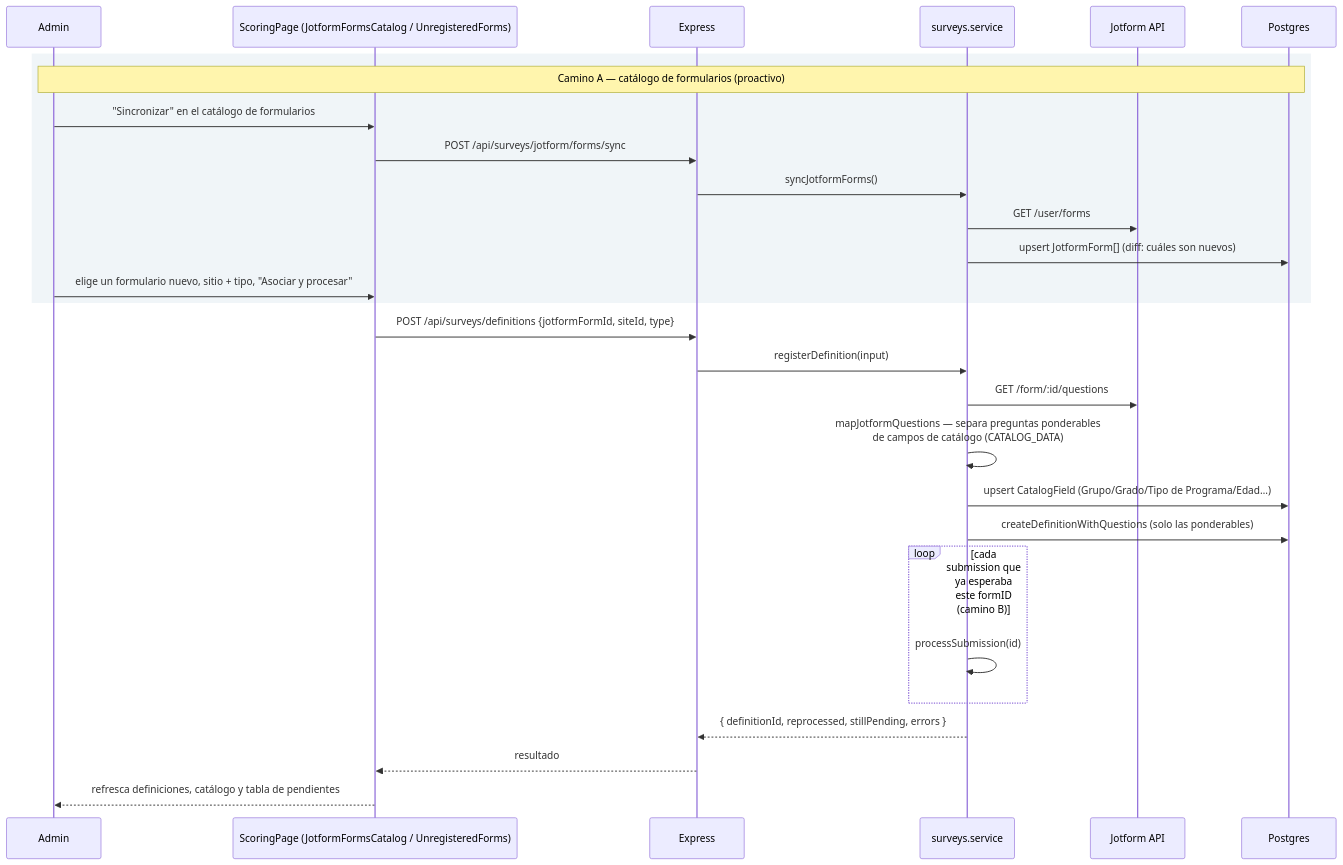
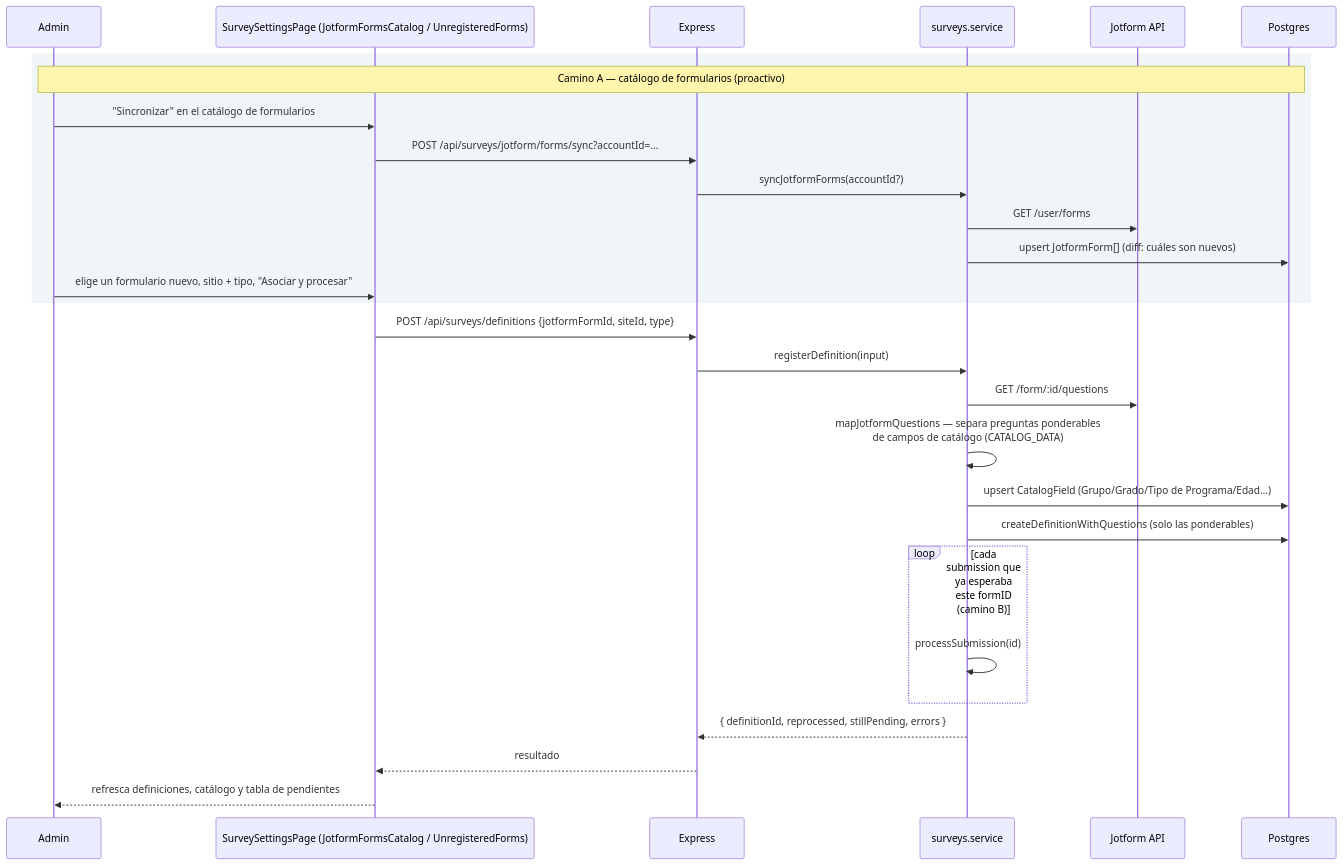
One commit to Gustav0AB/epi-web changed the fifth of 8 diagrams in docs/evaluaciones-flujo.md. Above: the diagram before and after it, drawn with Mermaid. The commit also changed other lines of this file and 9 other files, not shown here.

````diff
--- a/docs/evaluaciones-flujo.md
+++ b/docs/evaluaciones-flujo.md
@@ -184,31 +188,31 @@
 ```mermaid
 sequenceDiagram
     participant Admin
-    participant FE as ScoringPage (JotformFormsCatalog / UnregisteredForms)
+    participant FE as SurveySettingsPage (JotformFormsCatalog / UnregisteredForms)
     participant API as Express
     participant SVC as surveys.service
     participant JF as Jotform API
     participant DB as Postgres
 
     rect rgb(240,245,248)
     Note over Admin,DB: Camino A — catálogo de formularios (proactivo)
     Admin->>FE: "Sincronizar" en el catálogo de formularios
-    FE->>API: POST /api/surveys/jotform/forms/sync
-    API->>SVC: syncJotformForms()
+    FE->>API: POST /api/surveys/jotform/forms/sync?accountId=...
+    API->>SVC: syncJotformForms(accountId?)
     SVC->>JF: GET /user/forms
     SVC->>DB: upsert JotformForm[] (diff: cuáles son nuevos)
     Admin->>FE: elige un formulario nuevo, sitio + tipo, "Asociar y procesar"
     end
     FE->>API: POST /api/surveys/definitions {jotformFormId, siteId, type}
     API->>SVC: registerDefinition(input)
     SVC->>JF: GET /form/:id/questions
     SVC->>SVC: mapJotformQuestions — separa preguntas ponderables<br/>de campos de catálogo (CATALOG_DATA)
     SVC->>DB: upsert CatalogField (Grupo/Grado/Tipo de Programa/Edad…)
     SVC->>DB: createDefinitionWithQuestions (solo las ponderables)
     loop cada submission que ya esperaba este formID (camino B)
         SVC->>SVC: processSubmission(id)
     end
     SVC-->>API: { definitionId, reprocessed, stillPending, errors }
     API-->>FE: resultado
     FE-->>Admin: refresca definiciones, catálogo y tabla de pendientes
 ```
````
